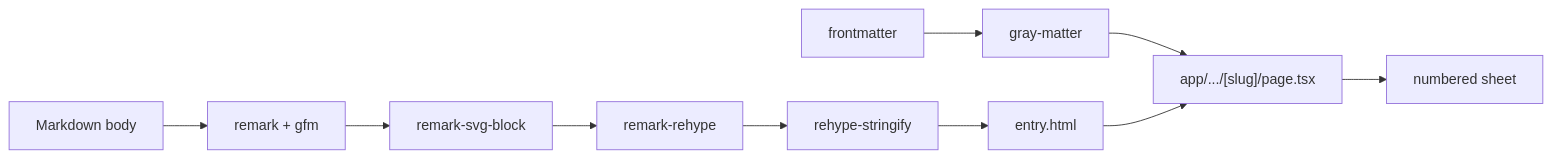
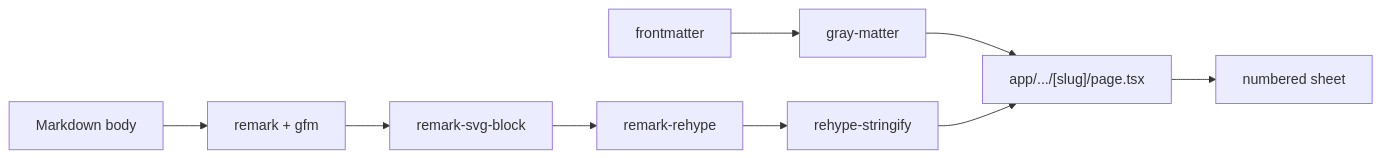
One commit to ax5hay/akshaybajpai.com changed the fifth of 6 diagrams in README.md. Above: the diagram before and after it, drawn with Mermaid. The commit also changed other lines of this file and 25 other files, not shown here.

````diff
--- a/README.md
+++ b/README.md
@@ -500,10 +574,9 @@
 ```mermaid
 flowchart LR
   FM["frontmatter"] --> GM["gray-matter"]
   BODY["Markdown body"] --> RM["remark + gfm"]
   RM --> SVG["remark-svg-block"] --> RH["remark-rehype"] --> RS["rehype-stringify"]
-  RS --> HTML["entry.html"]
   GM --> ROUTE["app/.../[slug]/page.tsx"]
-  HTML --> ROUTE
+  RS --> ROUTE
   ROUTE --> SHEET["numbered sheet"]
 ```
````
